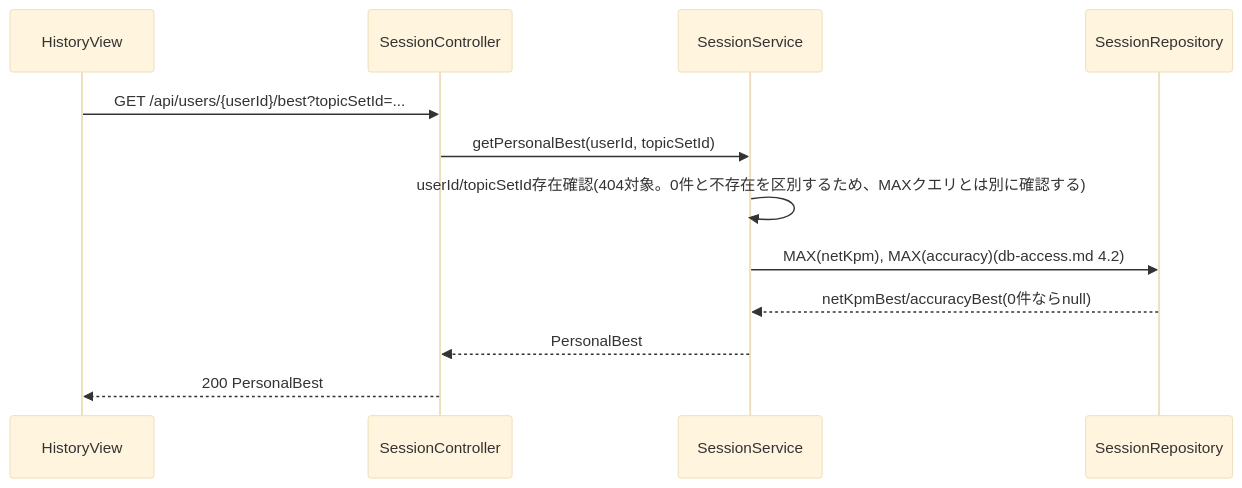
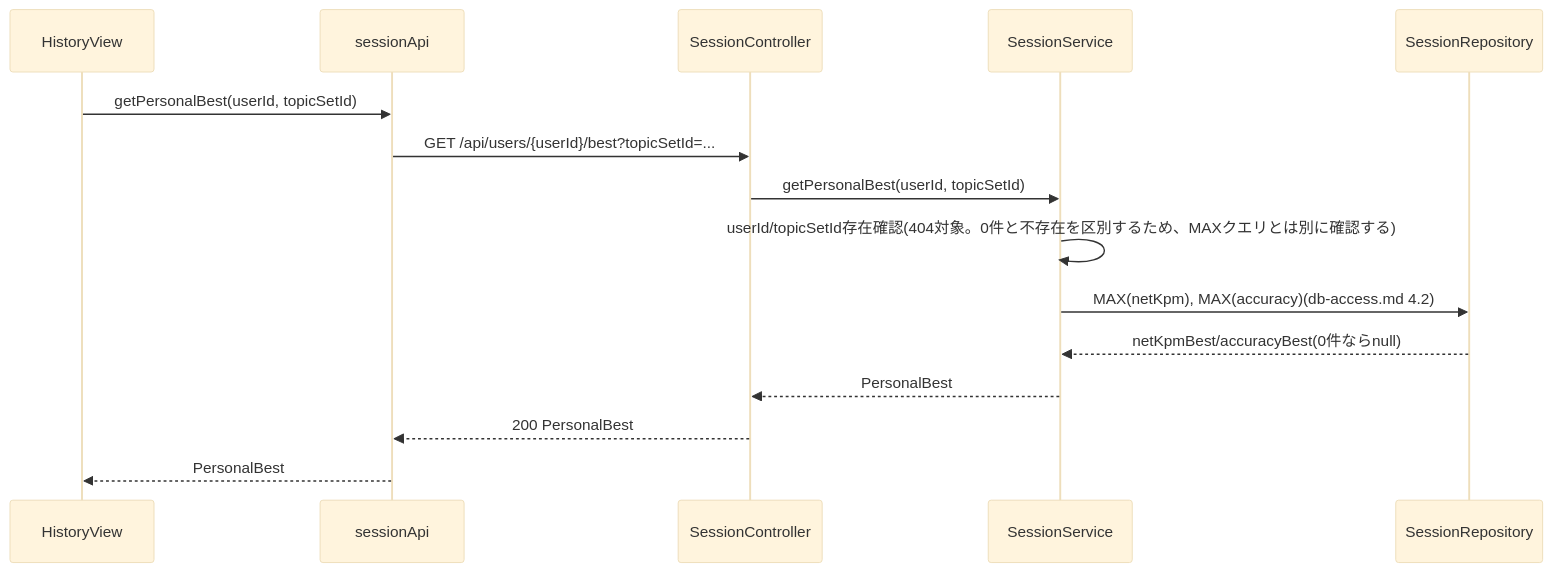
One commit to jelly1128/typing-app changed the third of 7 diagrams in docs/30_detail-design/sequence.md. Above: the diagram before and after it, drawn with Mermaid (base theme). The commit also changed other lines of this file and 22 other files, not shown here.

````diff
--- a/docs/30_detail-design/sequence.md
+++ b/docs/30_detail-design/sequence.md
@@ -76,15 +79,18 @@
 ```mermaid
 sequenceDiagram
     participant View as HistoryView
+    participant Api as sessionApi
     participant Ctrl as SessionController
     participant Svc as SessionService
     participant Repo as SessionRepository
 
-    View->>Ctrl: GET /api/users/{userId}/best?topicSetId=...
+    View->>Api: getPersonalBest(userId, topicSetId)
+    Api->>Ctrl: GET /api/users/{userId}/best?topicSetId=...
     Ctrl->>Svc: getPersonalBest(userId, topicSetId)
     Svc->>Svc: userId/topicSetId存在確認(404対象。0件と不存在を区別するため、MAXクエリとは別に確認する)
     Svc->>Repo: MAX(netKpm), MAX(accuracy)(db-access.md 4.2)
     Repo-->>Svc: netKpmBest/accuracyBest(0件ならnull)
     Svc-->>Ctrl: PersonalBest
-    Ctrl-->>View: 200 PersonalBest
+    Ctrl-->>Api: 200 PersonalBest
+    Api-->>View: PersonalBest
 ```
````
